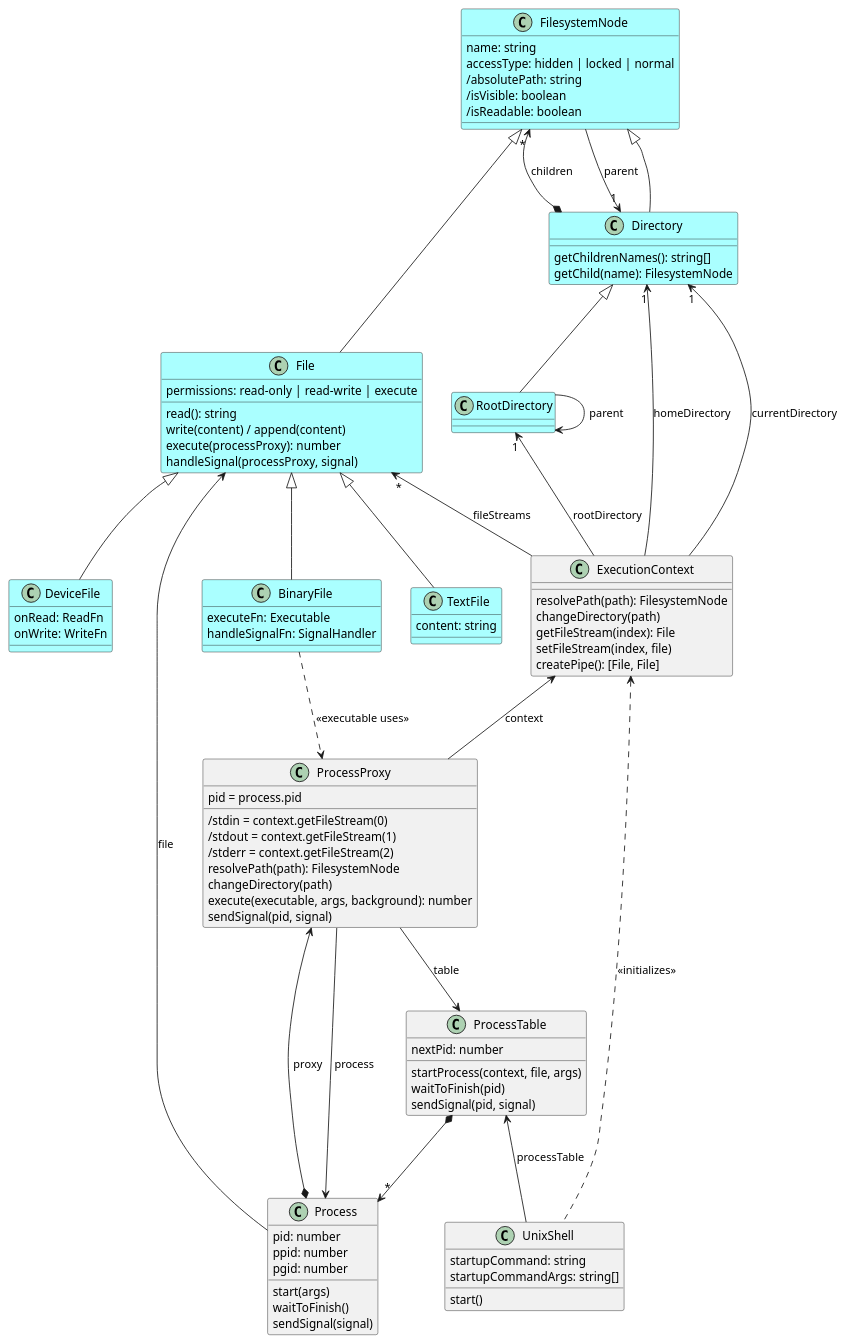
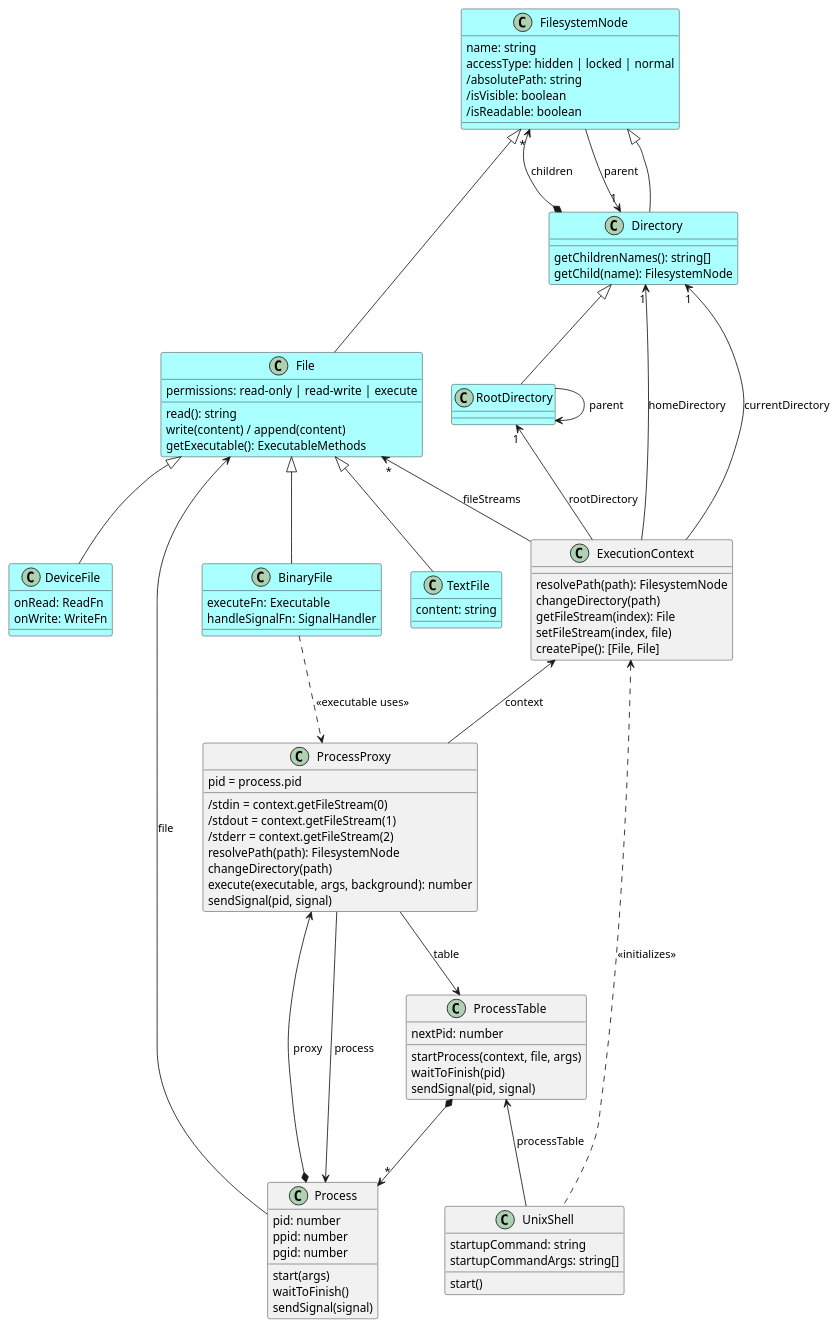
Before and after one commit to p-rivero/unix-js: the diagram in core/doc/class-diagram.plantuml, drawn with PlantUML. The commit also changed 10 other files, not shown here.

First line of the commit message:
Refactor construction of executable methods

```diff
--- a/core/doc/class-diagram.plantuml
+++ b/core/doc/class-diagram.plantuml
@@ -1,112 +1,111 @@
 @startuml Simplified class diagram
 
 skinparam Ranksep 80
 
 class FilesystemNode #aaffff {
     name: string
     accessType: hidden | locked | normal
     /absolutePath: string
     /isVisible: boolean
     /isReadable: boolean
 }
 
 class Directory #aaffff {
     getChildrenNames(): string[]
     getChild(name): FilesystemNode
 }
 FilesystemNode <|-- Directory
 
 class RootDirectory #aaffff {
 }
 Directory <|-- RootDirectory 
 RootDirectory --> RootDirectory : parent
 
 Directory *-u-> "*" FilesystemNode : children
 FilesystemNode --> "1" Directory : parent
 
 class File #aaffff {
     permissions: read-only | read-write | execute
     read(): string
     write(content) / append(content)
-    execute(processProxy): number
-    handleSignal(processProxy, signal)
+    getExecutable(): ExecutableMethods
 }
 FilesystemNode <|-- File
 
 class TextFile #aaffff {
     content: string
 }
 File <|-- TextFile
 
 class BinaryFile #aaffff {
     executeFn: Executable
     handleSignalFn: SignalHandler
 }
 File <|-- BinaryFile
 
 class DeviceFile #aaffff {
     onRead: ReadFn
     onWrite: WriteFn
 }
 File <|-- DeviceFile
 
 
 class ExecutionContext {
     resolvePath(path): FilesystemNode
     changeDirectory(path)
     getFileStream(index): File
     setFileStream(index, file)
     createPipe(): [File, File]
 }
 
 ExecutionContext -u-> "*" File: fileStreams
 ExecutionContext -u-> "1" RootDirectory: rootDirectory
 ExecutionContext -u-> "1" Directory: homeDirectory
 ExecutionContext -u-> "1" Directory: currentDirectory
 
 class Process {
     pid: number
     ppid: number
     pgid: number
     start(args)
     waitToFinish()
     sendSignal(signal)
     
 }
 Process -u-> File : file
 BinaryFile ..> ProcessProxy : "<<executable uses>>"
 class ProcessTable {
     nextPid: number
     startProcess(context, file, args)
     waitToFinish(pid)
     sendSignal(pid, signal)
 }
 ProcessTable *--> "*" Process
 
 ' Process --> "1" ProcessTable: table
 
 class ProcessProxy {
     pid = process.pid
     /stdin = context.getFileStream(0)
     /stdout = context.getFileStream(1)
     /stderr = context.getFileStream(2)
     resolvePath(path): FilesystemNode
     changeDirectory(path)
     execute(executable, args, background): number
     sendSignal(pid, signal)
 }
 ProcessProxy -u-> ExecutionContext : context
 ProcessProxy --> Process : process
 ProcessProxy --> ProcessTable : table
 Process *-u-> ProcessProxy : proxy
 
 
 class UnixShell {
     startupCommand: string
     startupCommandArgs: string[]
     start()
 }
 UnixShell -u-> ProcessTable : processTable
 UnixShell .u.> ExecutionContext : <<initializes>>
 
 @enduml
```
